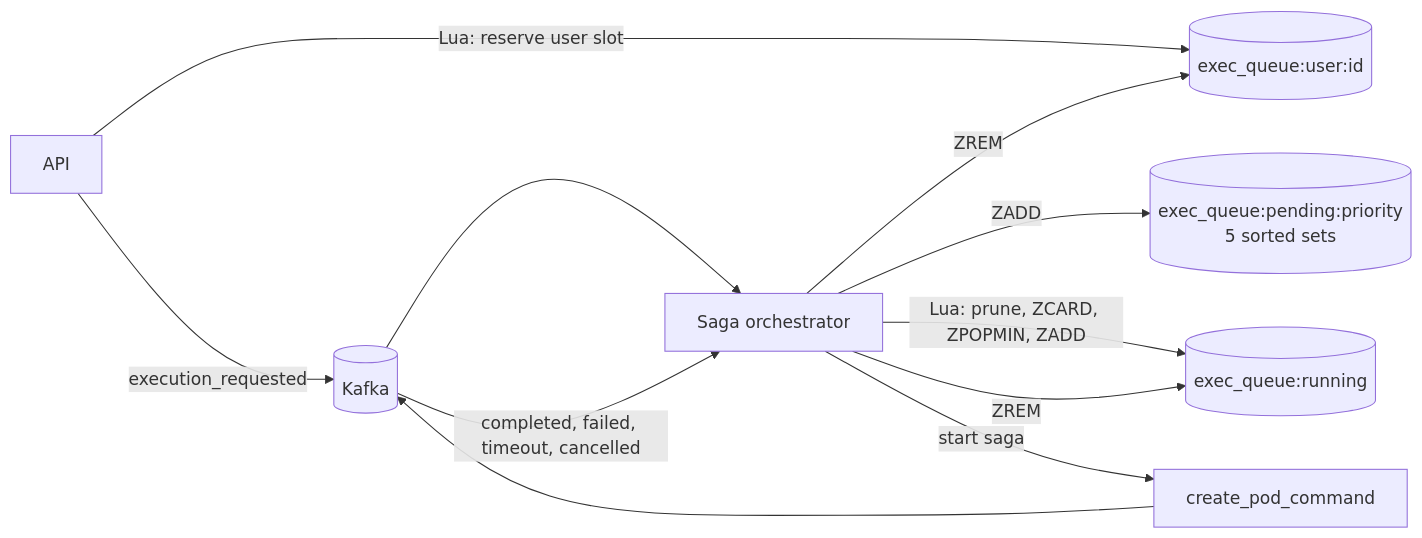
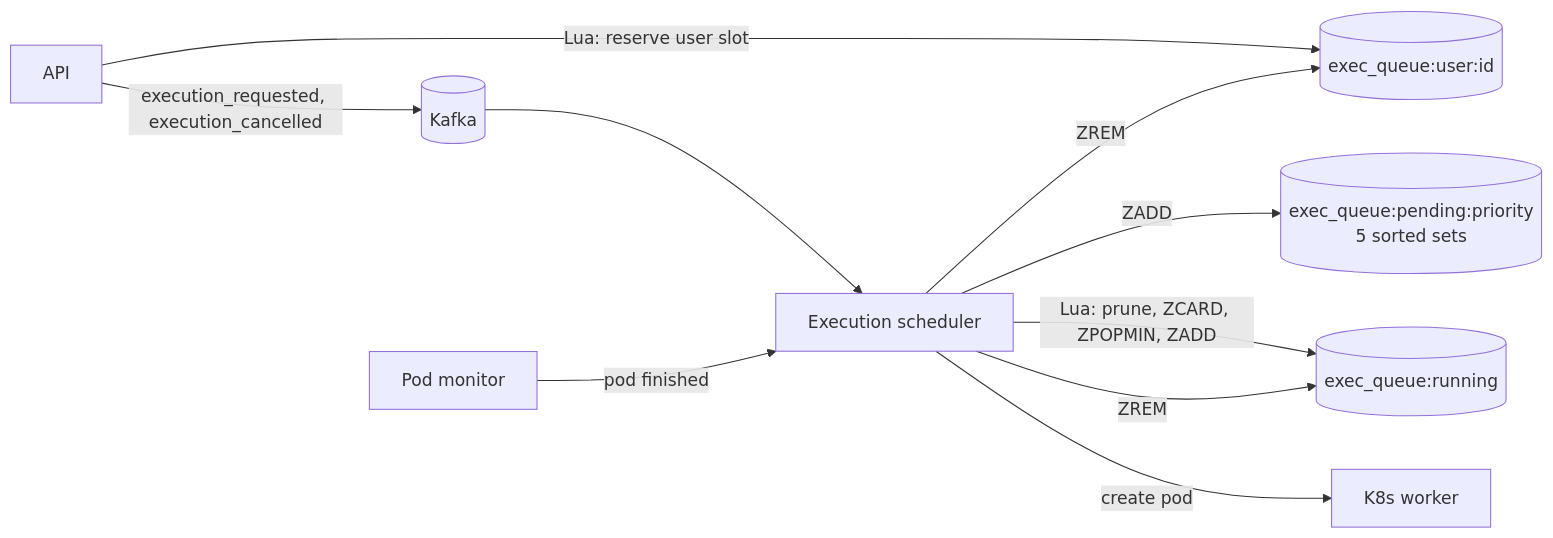
The diagram in docs/architecture/execution-queue.md (HardMax71/Integr8sCode), drawn with Mermaid before and after one commit. The commit also changed other lines of this file and 119 other files, not shown here.

First line of the commit message:
refactor: the worker runs executions without a saga, and cancel stops the pod (#428)

````diff
--- a/docs/architecture/execution-queue.md
+++ b/docs/architecture/execution-queue.md
@@ -5,13 +5,12 @@
 ```mermaid
 flowchart LR
     API[API] -->|Lua: reserve user slot| USER[(exec_queue:user:id)]
-    API -->|execution_requested| Kafka[(Kafka)]
-    Kafka --> SAGA[Saga orchestrator]
-    SAGA -->|ZADD| PENDING[(exec_queue:pending:priority<br/>5 sorted sets)]
-    SAGA -->|Lua: prune, ZCARD, ZPOPMIN, ZADD| RUNNING[(exec_queue:running)]
-    SAGA -->|start saga| CMD[create_pod_command]
-    CMD --> Kafka
-    Kafka -->|completed, failed, timeout, cancelled| SAGA
-    SAGA -->|ZREM| RUNNING
-    SAGA -->|ZREM| USER
+    API -->|execution_requested, execution_cancelled| Kafka[(Kafka)]
+    Kafka --> SCHED[Execution scheduler]
+    SCHED -->|ZADD| PENDING[(exec_queue:pending:priority<br/>5 sorted sets)]
+    SCHED -->|Lua: prune, ZCARD, ZPOPMIN, ZADD| RUNNING[(exec_queue:running)]
+    SCHED -->|create pod| K8S[K8s worker]
+    MON[Pod monitor] -->|pod finished| SCHED
+    SCHED -->|ZREM| RUNNING
+    SCHED -->|ZREM| USER
 ```
````
